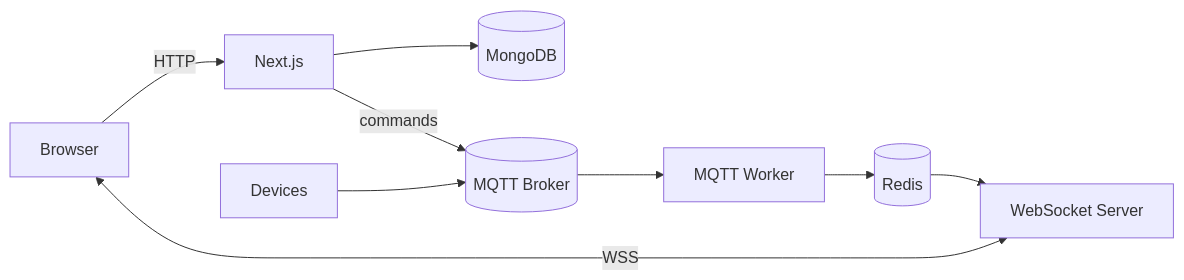
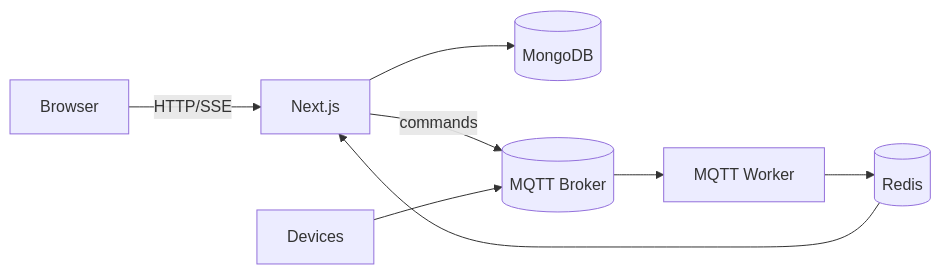
Before and after one commit to Sans0511/IOT-Automation: the diagram in README.md, drawn with Mermaid. The commit also changed other lines of this file and 3 other files, not shown here.

````diff
--- a/README.md
+++ b/README.md
@@ -22,11 +21,10 @@
 ```mermaid
 flowchart LR
-  Browser -->|HTTP| Next[Next.js]
-  Browser <-->|WSS| WS[WebSocket Server]
+  Browser -->|HTTP/SSE| Next[Next.js]
   Next --> Mongo[(MongoDB)]
   Next -->|commands| MQTT[(MQTT Broker)]
   Devices --> MQTT
   MQTT --> Worker[MQTT Worker]
   Worker --> Redis[(Redis)]
-  Redis --> WS
+  Redis --> Next
 ```
````
